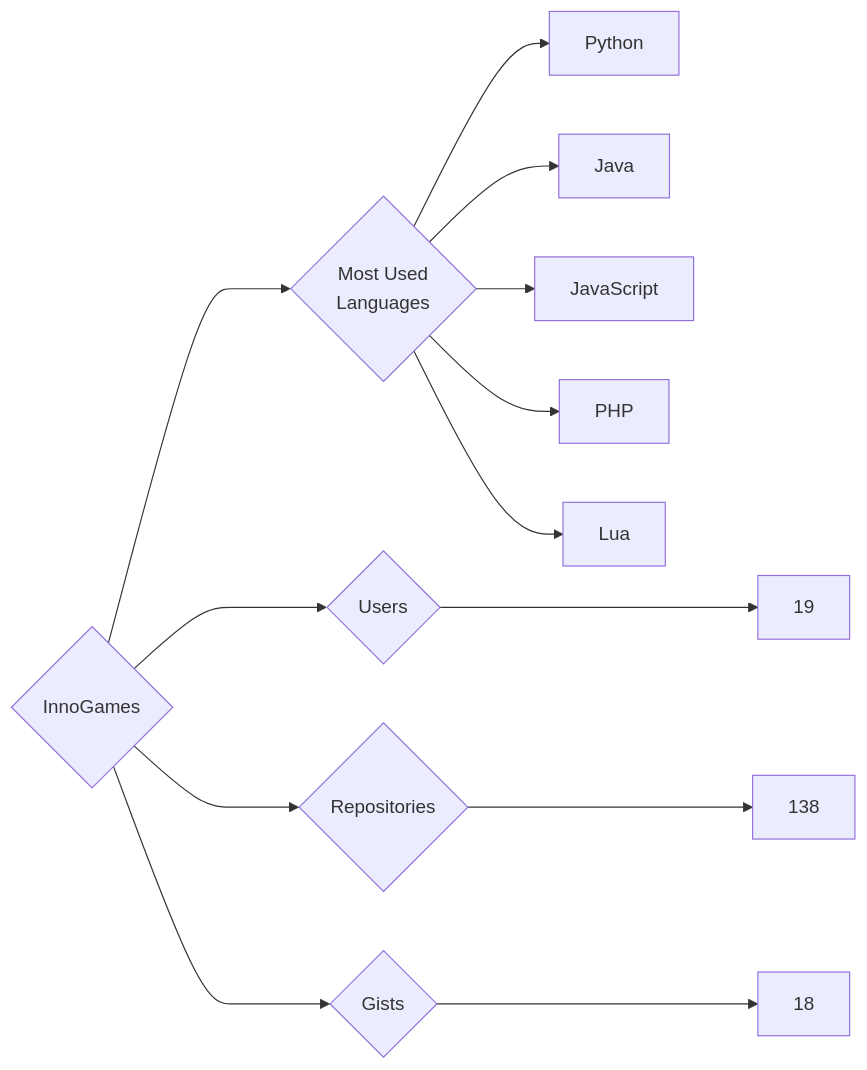
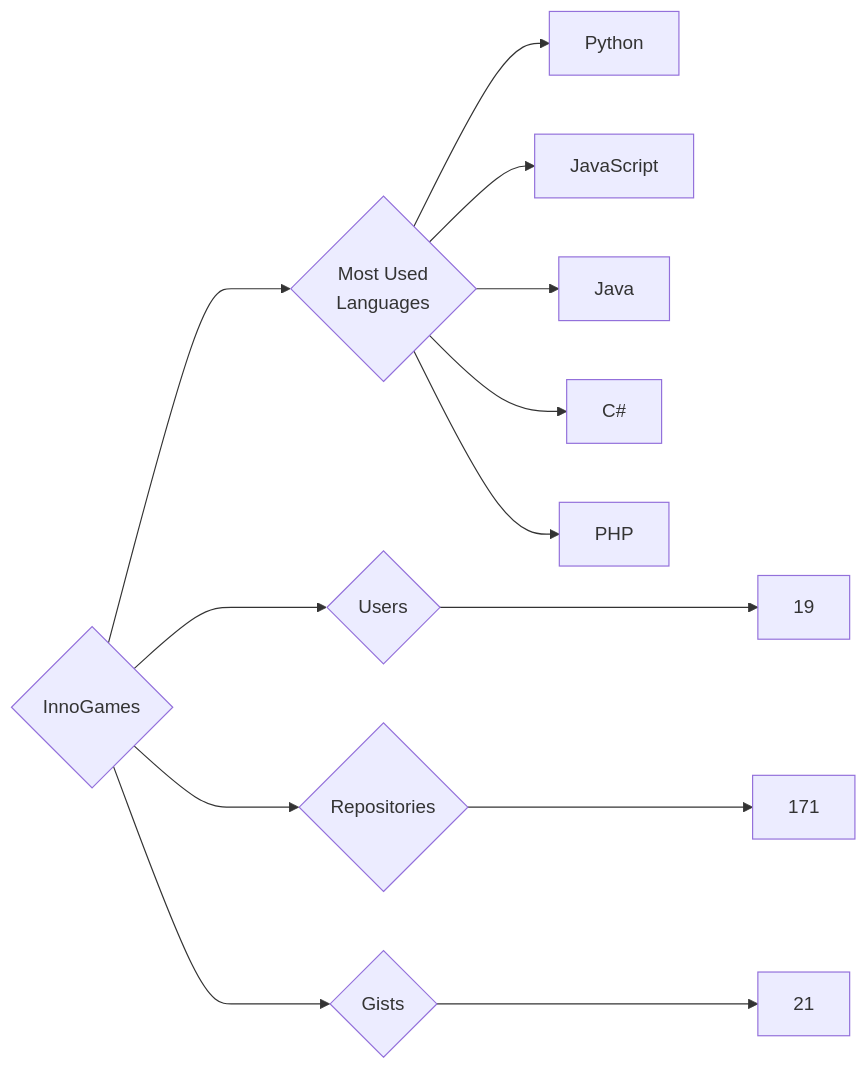
One commit to trickest/insiders changed the diagram in targets/InnoGames/README.md. Above: the diagram before and after it, drawn with Mermaid. The commit also changed 699 other files, not shown here.

````diff
--- a/targets/InnoGames/README.md
+++ b/targets/InnoGames/README.md
@@ -3,13 +3,13 @@
 ```mermaid
 graph LR
 COMPANY_NAME{InnoGames}
 COMPANY_NAME ---> U{Users} ---> UN[19]
-COMPANY_NAME ---> R{Repositories} ---> RN[138]
-COMPANY_NAME ---> G{Gists} ---> GN[18]
+COMPANY_NAME ---> R{Repositories} ---> RN[171]
+COMPANY_NAME ---> G{Gists} ---> GN[21]
 COMPANY_NAME ---> ML{Most Used<br>Languages}
 ML --> Python[Python]
+ML --> JavaScript[JavaScript]
 ML --> Java[Java]
-ML --> JavaScript[JavaScript]
+ML --> C#[C#]
 ML --> PHP[PHP]
-ML --> Lua[Lua]
 ```
````
